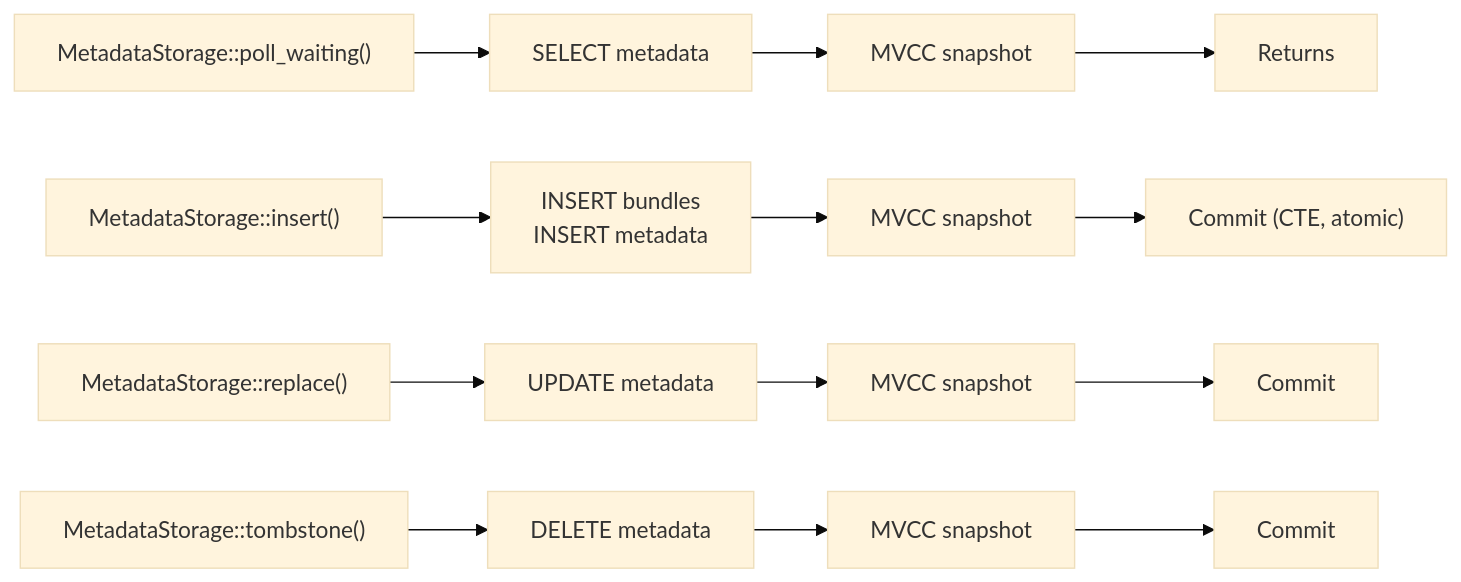
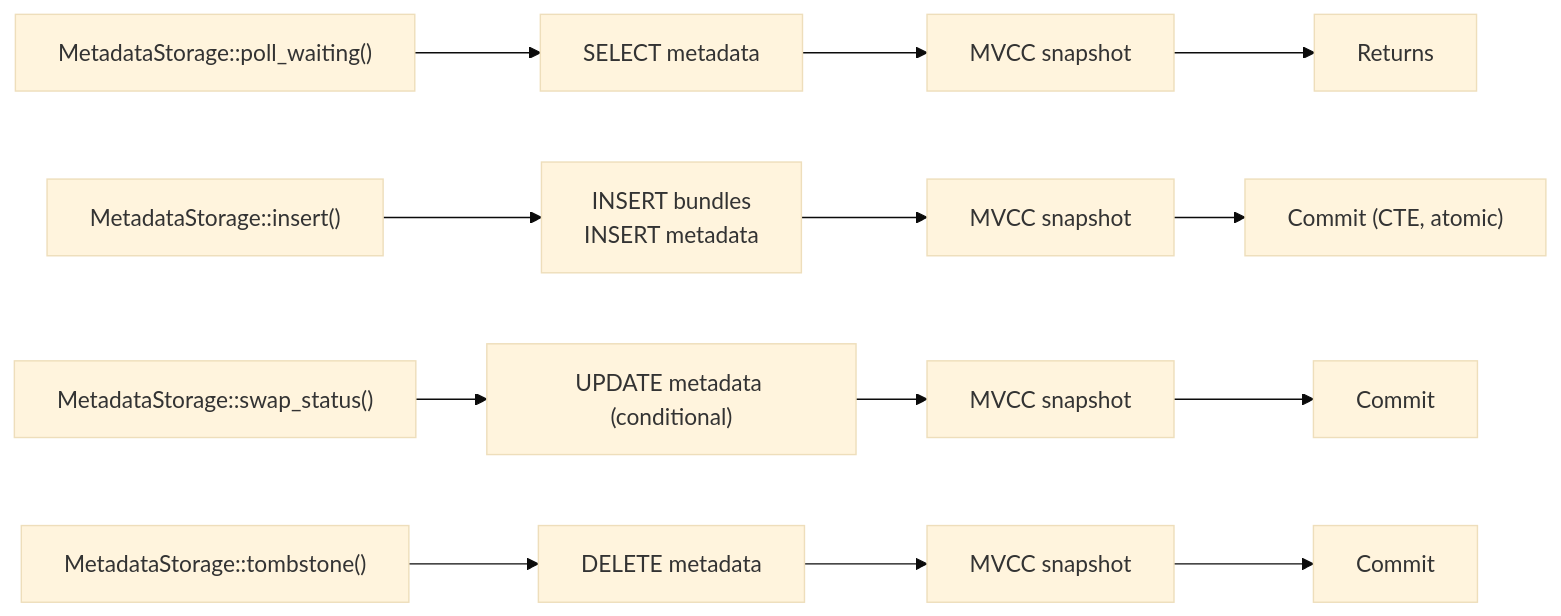
The second of 2 diagrams in postgres-storage/docs/design.md (ricktaylor/hardy), drawn with Mermaid (base theme) before and after one commit. The commit also changed other lines of this file and 33 other files, not shown here.

````diff
--- a/postgres-storage/docs/design.md
+++ b/postgres-storage/docs/design.md
@@ -382,7 +385,7 @@
 ```mermaid
 graph LR
     poll["MetadataStorage::poll_waiting()"] --> sel["SELECT metadata"] --> snap1["MVCC snapshot"] --> ret["Returns"]
     ins["MetadataStorage::insert()"] --> insB["INSERT bundles\nINSERT metadata"] --> snap2["MVCC snapshot"] --> com1["Commit (CTE, atomic)"]
-    rep["MetadataStorage::replace()"] --> upd["UPDATE metadata"] --> snap3["MVCC snapshot"] --> com2["Commit"]
+    rep["MetadataStorage::swap_status()"] --> upd["UPDATE metadata (conditional)"] --> snap3["MVCC snapshot"] --> com2["Commit"]
     tomb["MetadataStorage::tombstone()"] --> del["DELETE metadata"] --> snap4["MVCC snapshot"] --> com3["Commit"]
 ```
````
